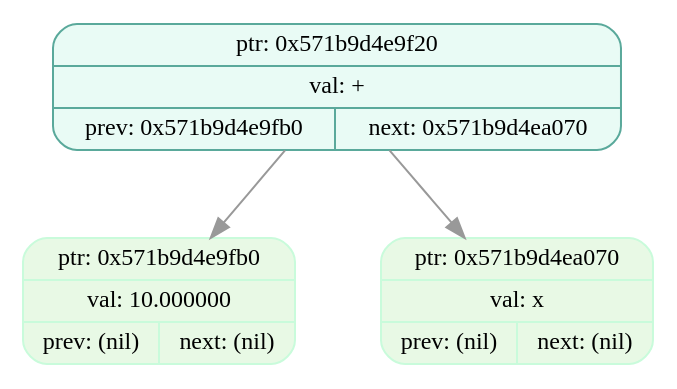
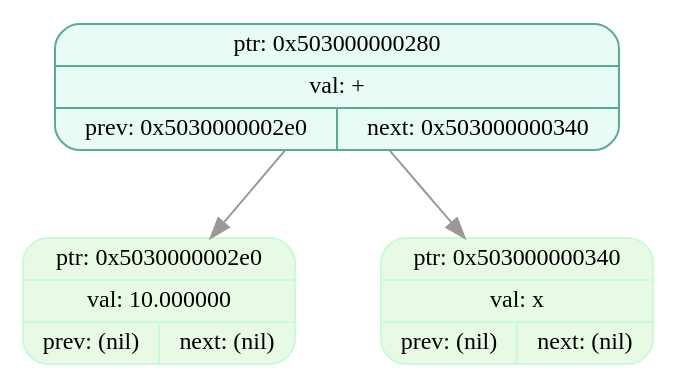
Before and after one commit to EvilTomato9890/Difference: the diagram in dumps/tree_dump_002.dot, drawn with Graphviz. The commit also changed 53 other files, not shown here.

```diff
--- a/dumps/tree_dump_002.dot
+++ b/dumps/tree_dump_002.dot
@@ -1,9 +1,9 @@
 digraph T{
   node [fontname="Fira Mono",shape=record,style="filled,rounded",fontsize=12];
   graph [splines=true, nodesep=0.6, ranksep=0.6];
-  node_0x571b9d4e9f20[shape=record,label="{ {ptr: 0x571b9d4e9f20} | {val: +} | { prev: 0x571b9d4e9fb0 | next: 0x571b9d4ea070 } }",color="#5aa99b",fillcolor="#e9fbf5"];
-  node_0x571b9d4e9fb0[shape=record,label="{ {ptr: 0x571b9d4e9fb0} | {val: 10.000000} | { prev: (nil) | next: (nil) } }",color="#c9fbdbff",fillcolor="#e8f9e5ff"];
-  node_0x571b9d4ea070[shape=record,label="{ {ptr: 0x571b9d4ea070} | {val: x} | { prev: (nil) | next: (nil) } }",color="#c9fbdbff",fillcolor="#e8f9e5ff"];
-  node_0x571b9d4e9f20 -> node_0x571b9d4e9fb0 [color="#999999"];
-  node_0x571b9d4e9f20 -> node_0x571b9d4ea070 [color="#999999"];
+  node_0x503000000280[shape=record,label="{ {ptr: 0x503000000280} | {val: +} | { prev: 0x5030000002e0 | next: 0x503000000340 } }",color="#5aa99b",fillcolor="#e9fbf5"];
+  node_0x5030000002e0[shape=record,label="{ {ptr: 0x5030000002e0} | {val: 10.000000} | { prev: (nil) | next: (nil) } }",color="#c9fbdbff",fillcolor="#e8f9e5ff"];
+  node_0x503000000340[shape=record,label="{ {ptr: 0x503000000340} | {val: x} | { prev: (nil) | next: (nil) } }",color="#c9fbdbff",fillcolor="#e8f9e5ff"];
+  node_0x503000000280 -> node_0x5030000002e0 [color="#999999"];
+  node_0x503000000280 -> node_0x503000000340 [color="#999999"];
 }
```
